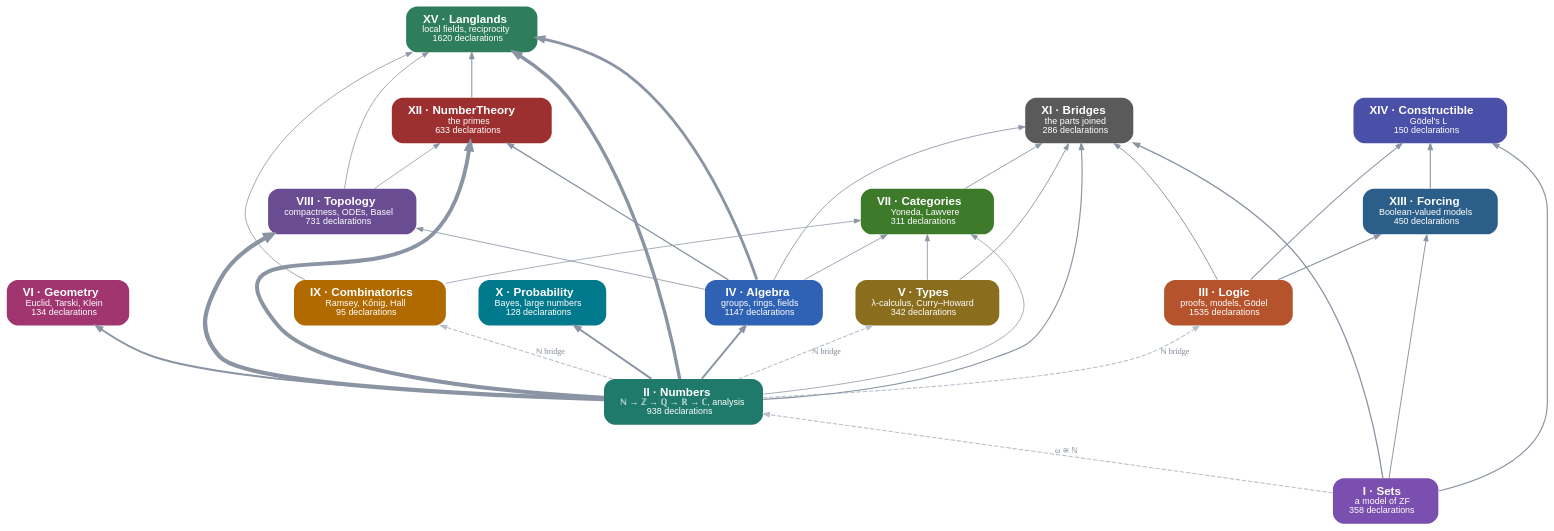
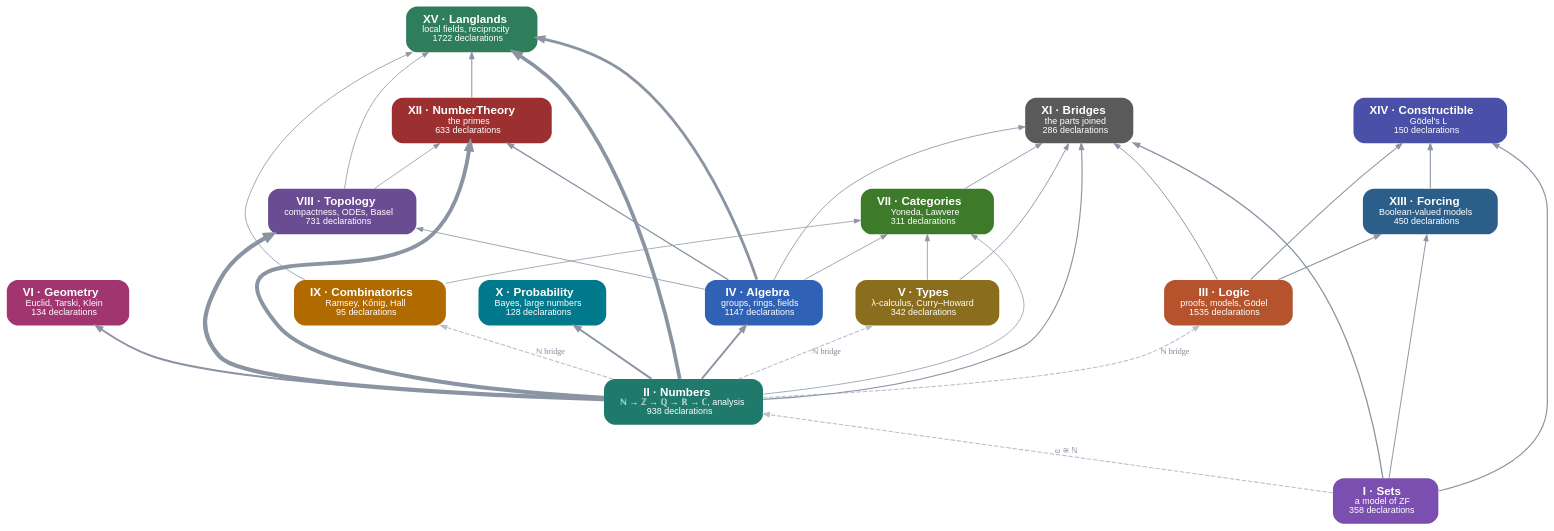
One commit to damianspendel/foundations changed the diagram in site/dist/parts.dot. Above: the diagram before and after it, drawn with Graphviz. The commit also changed 17 other files, not shown here.

```diff
--- a/site/dist/parts.dot
+++ b/site/dist/parts.dot
@@ -1,52 +1,52 @@
 digraph parts {
 rankdir=BT; bgcolor="transparent"; nodesep=0.5; ranksep=0.7;
 node [shape=box, style="rounded,filled", fontname="Helvetica", fontsize=13, penwidth=0, margin="0.25,0.12"];
 edge [color="#8a94a3", arrowsize=0.7];
 "Sets" [label=<<b>I · Sets</b><br/><font point-size="10">a model of ZF<br/>358 declarations</font>>, fillcolor="#7b4fb0", fontcolor="white"];
 "Numbers" [label=<<b>II · Numbers</b><br/><font point-size="10">ℕ → ℤ → ℚ → ℝ → ℂ, analysis<br/>938 declarations</font>>, fillcolor="#1f7a6c", fontcolor="white"];
 "Logic" [label=<<b>III · Logic</b><br/><font point-size="10">proofs, models, Gödel<br/>1535 declarations</font>>, fillcolor="#b5532c", fontcolor="white"];
 "Algebra" [label=<<b>IV · Algebra</b><br/><font point-size="10">groups, rings, fields<br/>1147 declarations</font>>, fillcolor="#2f62b5", fontcolor="white"];
 "Types" [label=<<b>V · Types</b><br/><font point-size="10">λ-calculus, Curry–Howard<br/>342 declarations</font>>, fillcolor="#8a6d1d", fontcolor="white"];
 "Geometry" [label=<<b>VI · Geometry</b><br/><font point-size="10">Euclid, Tarski, Klein<br/>134 declarations</font>>, fillcolor="#a1356f", fontcolor="white"];
 "Categories" [label=<<b>VII · Categories</b><br/><font point-size="10">Yoneda, Lawvere<br/>311 declarations</font>>, fillcolor="#3d7a2a", fontcolor="white"];
 "Topology" [label=<<b>VIII · Topology</b><br/><font point-size="10">compactness, ODEs, Basel<br/>731 declarations</font>>, fillcolor="#6a4c93", fontcolor="white"];
 "Combinatorics" [label=<<b>IX · Combinatorics</b><br/><font point-size="10">Ramsey, Kőnig, Hall<br/>95 declarations</font>>, fillcolor="#b06a00", fontcolor="white"];
 "Probability" [label=<<b>X · Probability</b><br/><font point-size="10">Bayes, large numbers<br/>128 declarations</font>>, fillcolor="#00798c", fontcolor="white"];
 "Bridges" [label=<<b>XI · Bridges</b><br/><font point-size="10">the parts joined<br/>286 declarations</font>>, fillcolor="#5a5a5a", fontcolor="white"];
 "NumberTheory" [label=<<b>XII · NumberTheory</b><br/><font point-size="10">the primes<br/>633 declarations</font>>, fillcolor="#9c2f2f", fontcolor="white"];
 "Forcing" [label=<<b>XIII · Forcing</b><br/><font point-size="10">Boolean-valued models<br/>450 declarations</font>>, fillcolor="#2b5f8a", fontcolor="white"];
 "Constructible" [label=<<b>XIV · Constructible</b><br/><font point-size="10">Gödel's L<br/>150 declarations</font>>, fillcolor="#4a4fa8", fontcolor="white"];
-"Langlands" [label=<<b>XV · Langlands</b><br/><font point-size="10">local fields, reciprocity<br/>1620 declarations</font>>, fillcolor="#2e7d5b", fontcolor="white"];
+"Langlands" [label=<<b>XV · Langlands</b><br/><font point-size="10">local fields, reciprocity<br/>1722 declarations</font>>, fillcolor="#2e7d5b", fontcolor="white"];
 "Algebra" -> "Bridges" [penwidth=0.94, tooltip="37 uses of Algebra in Bridges"];
 "Algebra" -> "Categories" [penwidth=0.91, tooltip="23 uses of Algebra in Categories"];
 "Algebra" -> "Langlands" [penwidth=3.15, tooltip="10158 uses of Algebra in Langlands"];
 "Algebra" -> "NumberTheory" [penwidth=1.40, tooltip="653 uses of Algebra in NumberTheory"];
 "Algebra" -> "Topology" [penwidth=0.91, tooltip="24 uses of Algebra in Topology"];
 "Categories" -> "Bridges" [penwidth=1.01, tooltip="82 uses of Categories in Bridges"];
 "Combinatorics" -> "Categories" [penwidth=0.82, tooltip="1 uses of Combinatorics in Categories"];
 "Combinatorics" -> "Langlands" [penwidth=0.89, tooltip="14 uses of Combinatorics in Langlands"];
 "Forcing" -> "Constructible" [penwidth=1.21, tooltip="314 uses of Forcing in Constructible"];
 "Logic" -> "Bridges" [penwidth=1.05, tooltip="115 uses of Logic in Bridges"];
 "Logic" -> "Constructible" [penwidth=1.16, tooltip="234 uses of Logic in Constructible"];
 "Logic" -> "Forcing" [penwidth=1.23, tooltip="338 uses of Logic in Forcing"];
 "NumberTheory" -> "Langlands" [penwidth=1.18, tooltip="265 uses of NumberTheory in Langlands"];
 "Numbers" -> "Algebra" [penwidth=2.10, tooltip="3114 uses of Numbers in Algebra"];
 "Numbers" -> "Bridges" [penwidth=1.27, tooltip="404 uses of Numbers in Bridges"];
 "Numbers" -> "Categories" [penwidth=0.85, tooltip="5 uses of Numbers in Categories"];
 "Numbers" -> "Geometry" [penwidth=2.12, tooltip="3189 uses of Numbers in Geometry"];
-"Numbers" -> "Langlands" [penwidth=3.78, tooltip="16326 uses of Numbers in Langlands"];
+"Numbers" -> "Langlands" [penwidth=4.15, tooltip="20660 uses of Numbers in Langlands"];
 "Numbers" -> "NumberTheory" [penwidth=4.39, tooltip="23743 uses of Numbers in NumberTheory"];
 "Numbers" -> "Probability" [penwidth=2.21, tooltip="3662 uses of Numbers in Probability"];
 "Numbers" -> "Topology" [penwidth=4.80, tooltip="29469 uses of Numbers in Topology"];
 "Sets" -> "Bridges" [penwidth=1.46, tooltip="796 uses of Sets in Bridges"];
 "Sets" -> "Constructible" [penwidth=1.32, tooltip="492 uses of Sets in Constructible"];
 "Sets" -> "Forcing" [penwidth=1.08, tooltip="145 uses of Sets in Forcing"];
 "Topology" -> "Langlands" [penwidth=0.88, tooltip="11 uses of Topology in Langlands"];
 "Topology" -> "NumberTheory" [penwidth=0.85, tooltip="4 uses of Topology in NumberTheory"];
 "Types" -> "Bridges" [penwidth=1.00, tooltip="73 uses of Types in Bridges"];
 "Types" -> "Categories" [penwidth=0.91, tooltip="21 uses of Types in Categories"];
 "Sets" -> "Numbers" [style=dashed, color="#b8c0cc", penwidth=1.2, label=<<font point-size="9" color="#7d8796">ω ≅ ℕ</font>>];
 "Numbers" -> "Logic" [style=dashed, color="#b8c0cc", penwidth=1.2, label=<<font point-size="9" color="#7d8796">ℕ bridge</font>>];
 "Numbers" -> "Types" [style=dashed, color="#b8c0cc", penwidth=1.2, label=<<font point-size="9" color="#7d8796">ℕ bridge</font>>];
 "Numbers" -> "Combinatorics" [style=dashed, color="#b8c0cc", penwidth=1.2, label=<<font point-size="9" color="#7d8796">ℕ bridge</font>>];
 }
```
